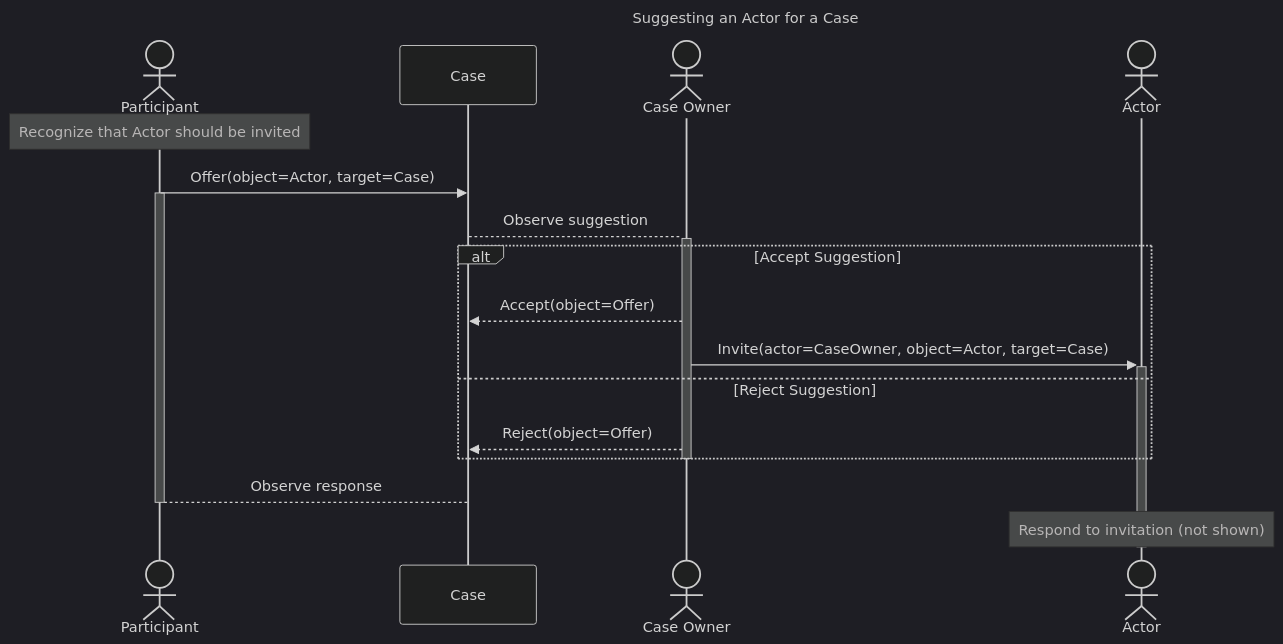
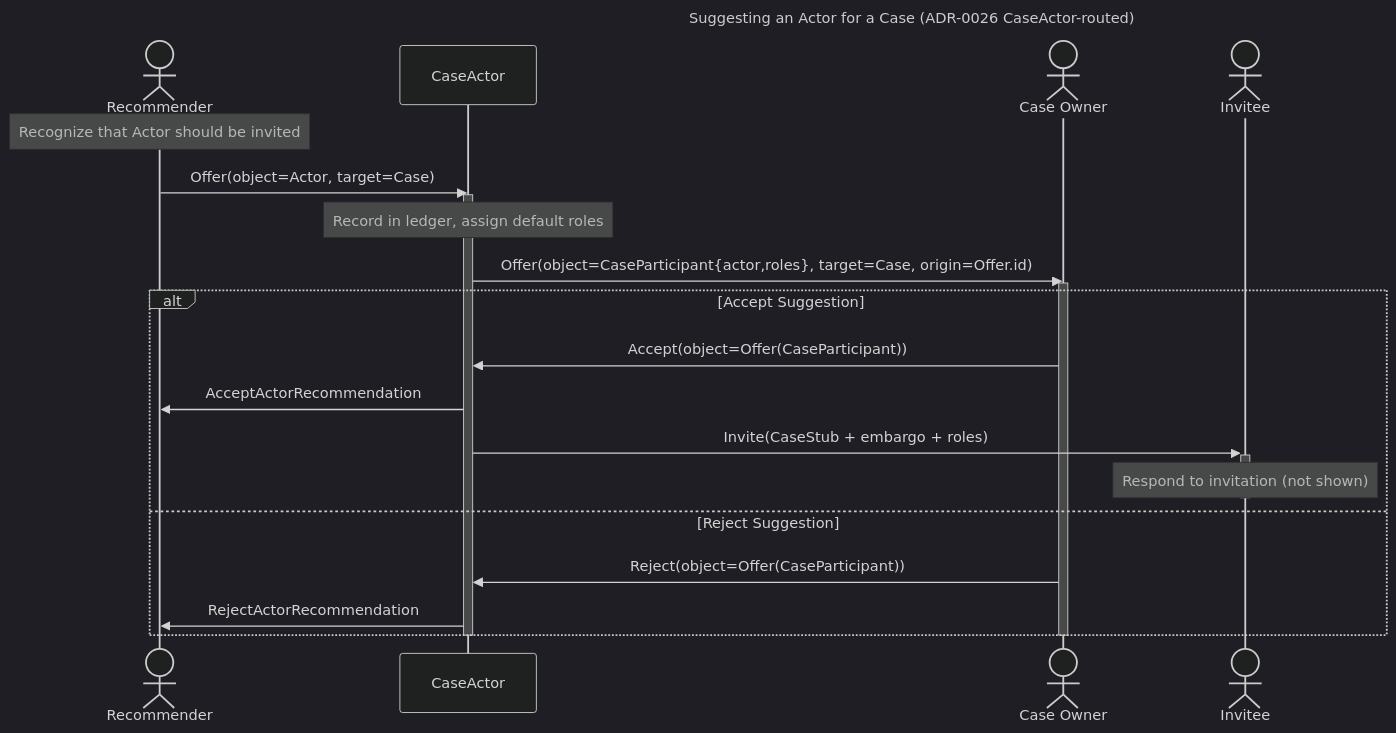
One commit to CERTCC/Vultron changed the diagram in docs/howto/activitypub/activities/suggest_actor.md. Above: the diagram before and after it, drawn with Mermaid (dark theme). The commit also changed other lines of this file and 2 other files, not shown here.

First line of the commit message:
docs: update suggest_actor.md sequence diagram and vocab examples for ADR-0026 CaseActor-routed flow

````diff
--- a/docs/howto/activitypub/activities/suggest_actor.md
+++ b/docs/howto/activitypub/activities/suggest_actor.md
@@ -45,25 +45,28 @@
 ```mermaid
 ---
-title: Suggesting an Actor for a Case
+title: Suggesting an Actor for a Case (ADR-0026 CaseActor-routed)
 ---
 sequenceDiagram
-    actor A as Participant
-    participant C as Case
+    actor A as Recommender
+    participant CA as CaseActor
     actor B as Case Owner
-    actor D as Actor 
+    actor D as Invitee
     Note over A: Recognize that Actor should be invited
-    A ->> C: Offer(object=Actor, target=Case)
-    activate A
-    C -->+ B: Observe suggestion
+    A ->> CA: Offer(object=Actor, target=Case)
+    activate CA
+    Note over CA: Record in ledger, assign default roles
+    CA ->> B: Offer(object=CaseParticipant{actor,roles}, target=Case, origin=Offer.id)
+    activate B
     alt Accept Suggestion
-        B -->> C: Accept(object=Offer)
-        B ->>+ D: Invite(actor=CaseOwner, object=Actor, target=Case)
+        B ->> CA: Accept(object=Offer(CaseParticipant))
+        CA ->> A: AcceptActorRecommendation
+        CA ->>+ D: Invite(CaseStub + embargo + roles)
+        note over D: Respond to invitation (not shown)
+        deactivate D
     else Reject Suggestion
-        B -->> C: Reject(object=Offer)
+        B ->> CA: Reject(object=Offer(CaseParticipant))
+        CA ->> A: RejectActorRecommendation
     end
     deactivate B
-    C --> A: Observe response
-    deactivate A
-    note over D: Respond to invitation (not shown)
-    deactivate D
+    deactivate CA
 ```
````
